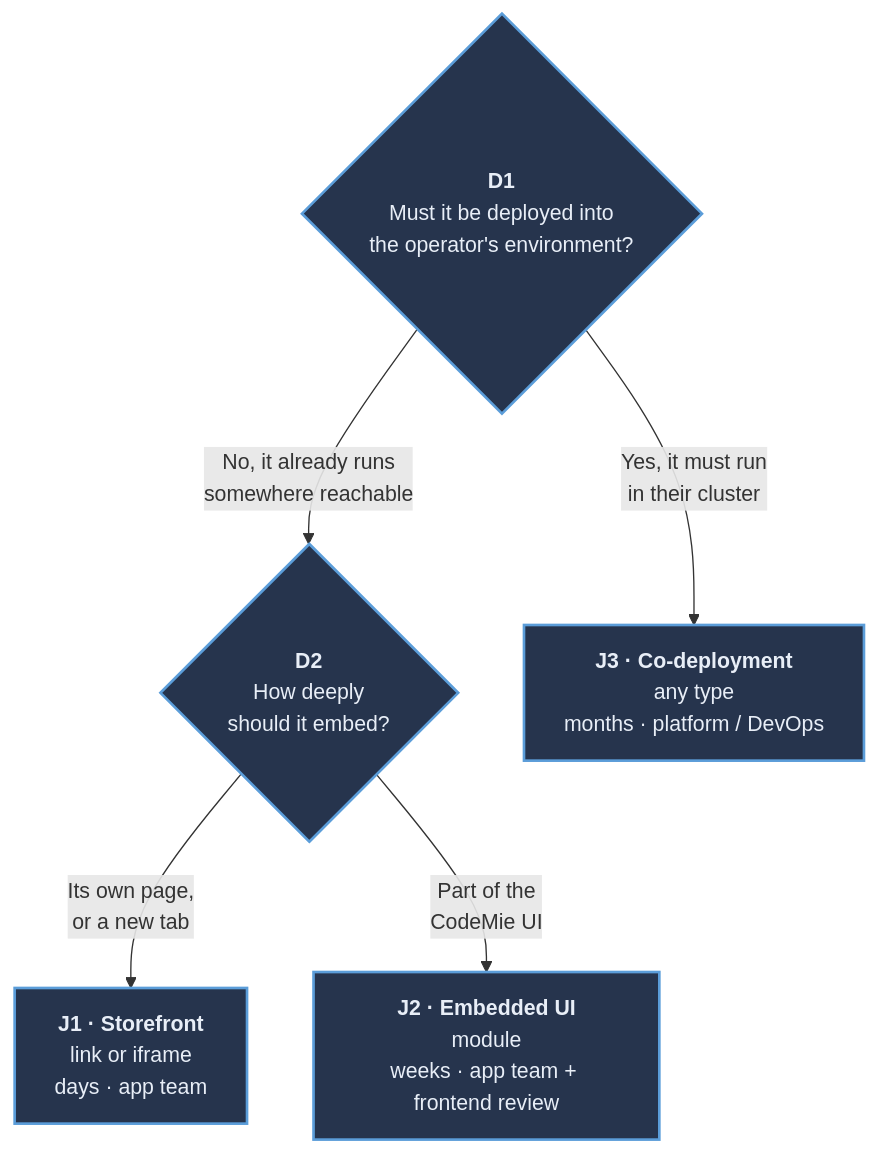
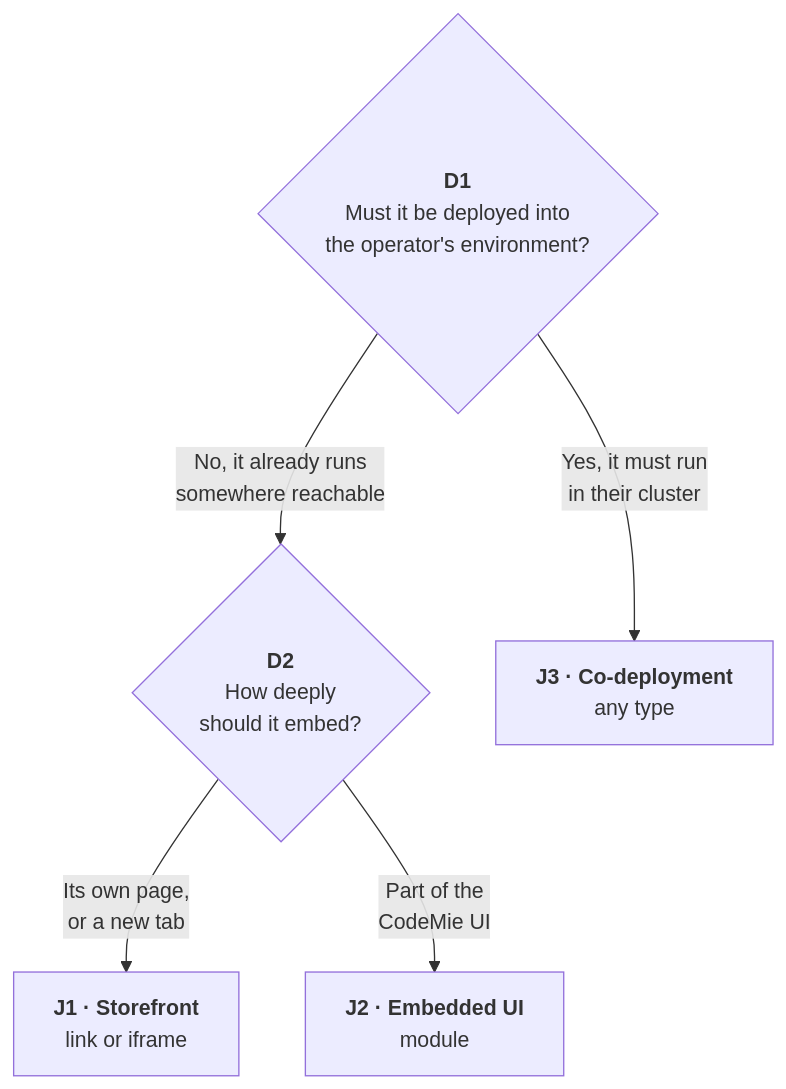
One commit to codemie-ai/docs changed the diagram in docs/admin/configuration/codemie/applications-onboarding.md. Above: the diagram before and after it, drawn with Mermaid. The commit also changed other lines of this file, not shown here.

````diff
--- a/docs/admin/configuration/codemie/applications-onboarding.md
+++ b/docs/admin/configuration/codemie/applications-onboarding.md
@@ -51,16 +51,13 @@
 ```mermaid
 flowchart TD
     D1{"<b>D1</b><br/>Must it be deployed into<br/>the operator's environment?"}
     D2{"<b>D2</b><br/>How deeply<br/>should it embed?"}
-    J1["<b>J1 · Storefront</b><br/>link or iframe<br/>days · app team"]
-    J2["<b>J2 · Embedded UI</b><br/>module<br/>weeks · app team + frontend review"]
-    J3["<b>J3 · Co-deployment</b><br/>any type<br/>months · platform / DevOps"]
+    J1["<b>J1 · Storefront</b><br/>link or iframe"]
+    J2["<b>J2 · Embedded UI</b><br/>module"]
+    J3["<b>J3 · Co-deployment</b><br/>any type"]
 
     D1 -->|"No, it already runs<br/>somewhere reachable"| D2
     D1 -->|"Yes, it must run<br/>in their cluster"| J3
     D2 -->|"Its own page,<br/>or a new tab"| J1
     D2 -->|"Part of the<br/>CodeMie UI"| J2
-
-    classDef journey fill:#26344d,stroke:#5b9dd9,stroke-width:2px,color:#e8eef7
-    class D1,D2,J1,J2,J3 journey
 ```
````
